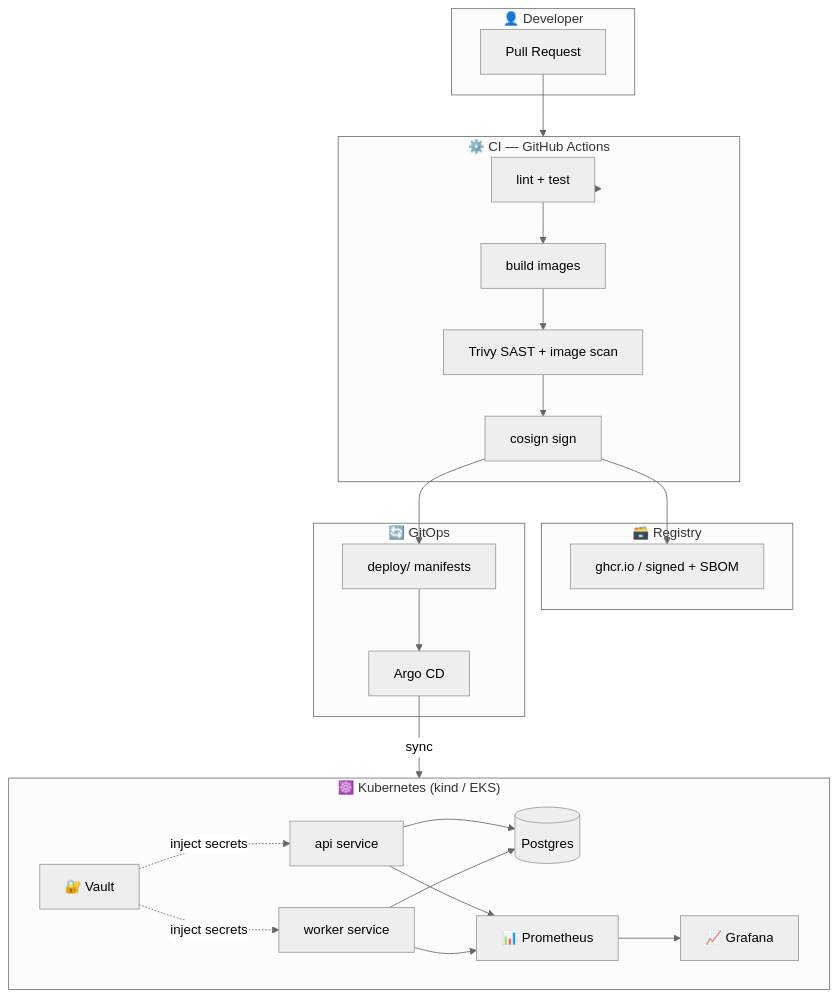
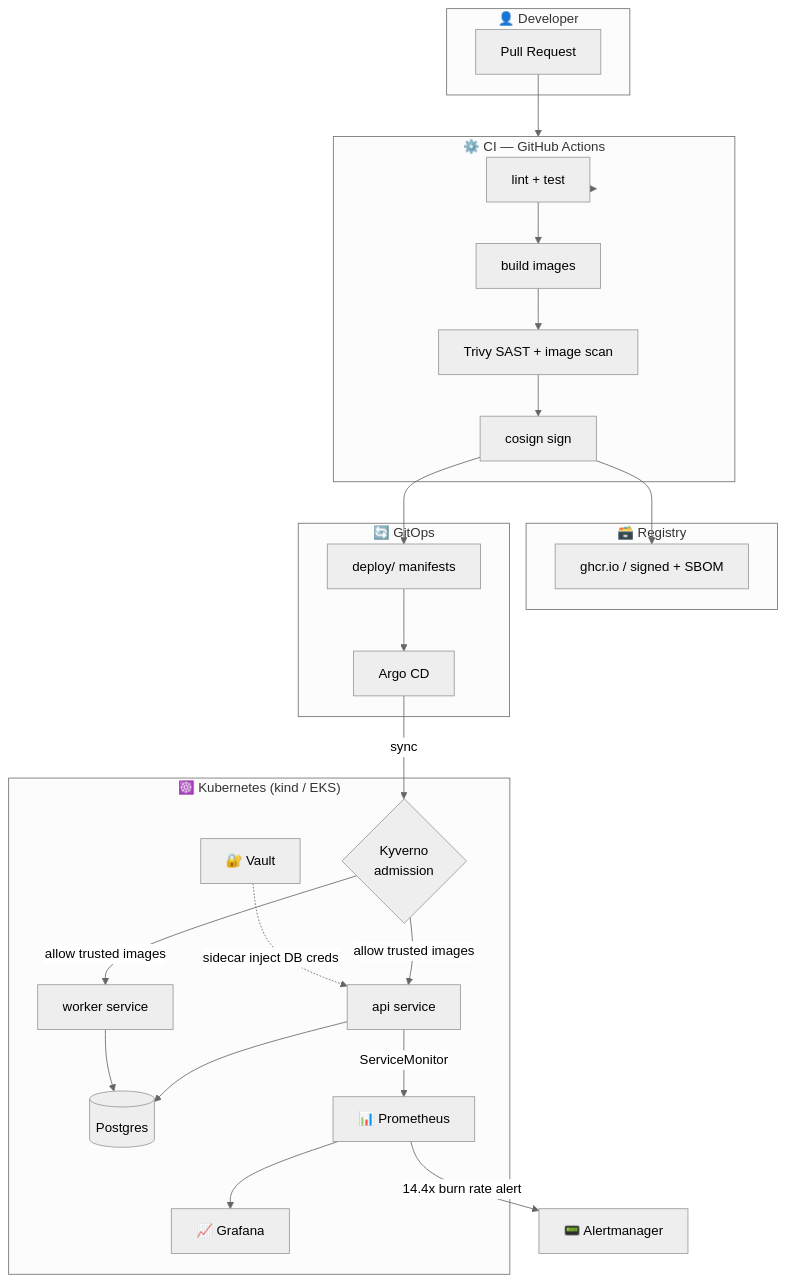
One commit to mohidev-tech/devsecops-platform changed the diagram in README.md. Above: the diagram before and after it, drawn with Mermaid (neutral theme). The commit also changed other lines of this file and 23 other files, not shown here.

First line of the commit message:
feat: full Phase 2 — Vault, Kyverno, Argo CD app-of-apps, Prometheus + SLO

````diff
--- a/README.md
+++ b/README.md
@@ -18,44 +18,46 @@
 ```mermaid
 flowchart TB
     subgraph Dev["👤 Developer"]
       PR[Pull Request]
     end
 
     subgraph CI["⚙️ CI — GitHub Actions"]
       Lint[lint + test]
       Build[build images]
       Scan[Trivy SAST + image scan]
       Sign[cosign sign]
     end
 
     subgraph Registry["🗃️ Registry"]
       GHCR[ghcr.io / signed + SBOM]
     end
 
     subgraph GitOps["🔄 GitOps"]
       Repo[deploy/ manifests]
       Argo[Argo CD]
     end
 
     subgraph K8s["☸️ Kubernetes (kind / EKS)"]
+      Adm{Kyverno<br/>admission}
       API[api service]
       Worker[worker service]
       PG[(Postgres)]
       Vault[🔐 Vault]
       Prom[📊 Prometheus]
       Graf[📈 Grafana]
     end
 
     PR --> CI
     CI --> Lint --> Build --> Scan --> Sign --> GHCR
     Sign --> Repo
     Repo --> Argo
-    Argo -->|sync| K8s
-    Vault -.->|inject secrets| API
-    Vault -.->|inject secrets| Worker
+    Argo -->|sync| Adm
+    Adm -->|allow trusted images| API
+    Adm -->|allow trusted images| Worker
+    Vault -.->|sidecar inject DB creds| API
     API --> PG
     Worker --> PG
-    API --> Prom
-    Worker --> Prom
+    API -->|ServiceMonitor| Prom
     Prom --> Graf
+    Prom -->|14.4x burn rate alert| Alert[📟 Alertmanager]
 ```
````
